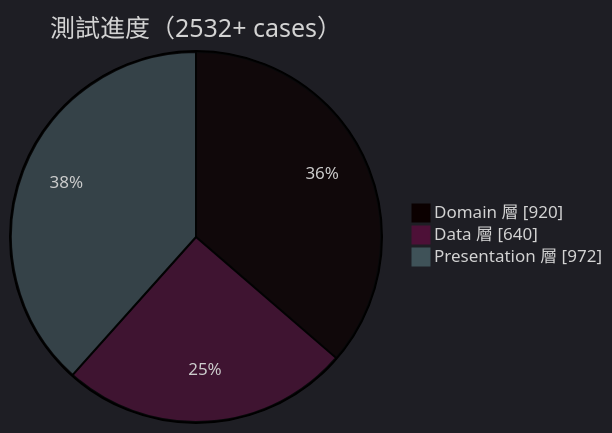
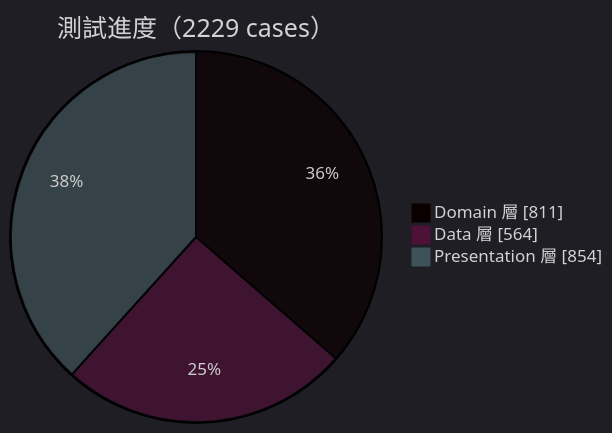
One commit to Neal75418/afterclose changed the first of 3 diagrams in docs/TEST_COVERAGE_PLAN.md. Above: the diagram before and after it, drawn with Mermaid. The commit also changed other lines of this file and 3 other files, not shown here.

````diff
--- a/docs/TEST_COVERAGE_PLAN.md
+++ b/docs/TEST_COVERAGE_PLAN.md
@@ -9,7 +9,7 @@
 ```mermaid
 %%{init: {'theme': 'dark'}}%%
-pie showData title 測試進度（2532+ cases）
-    "Domain 層" : 920
-    "Data 層" : 640
-    "Presentation 層" : 972
+pie showData title 測試進度（2229 cases）
+    "Domain 層" : 811
+    "Data 層" : 564
+    "Presentation 層" : 854
 ```
````
